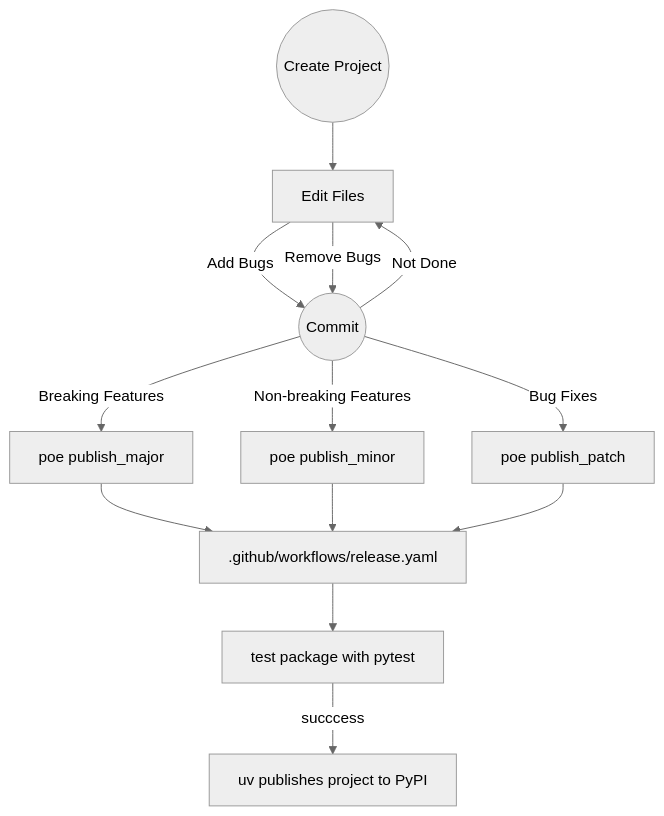
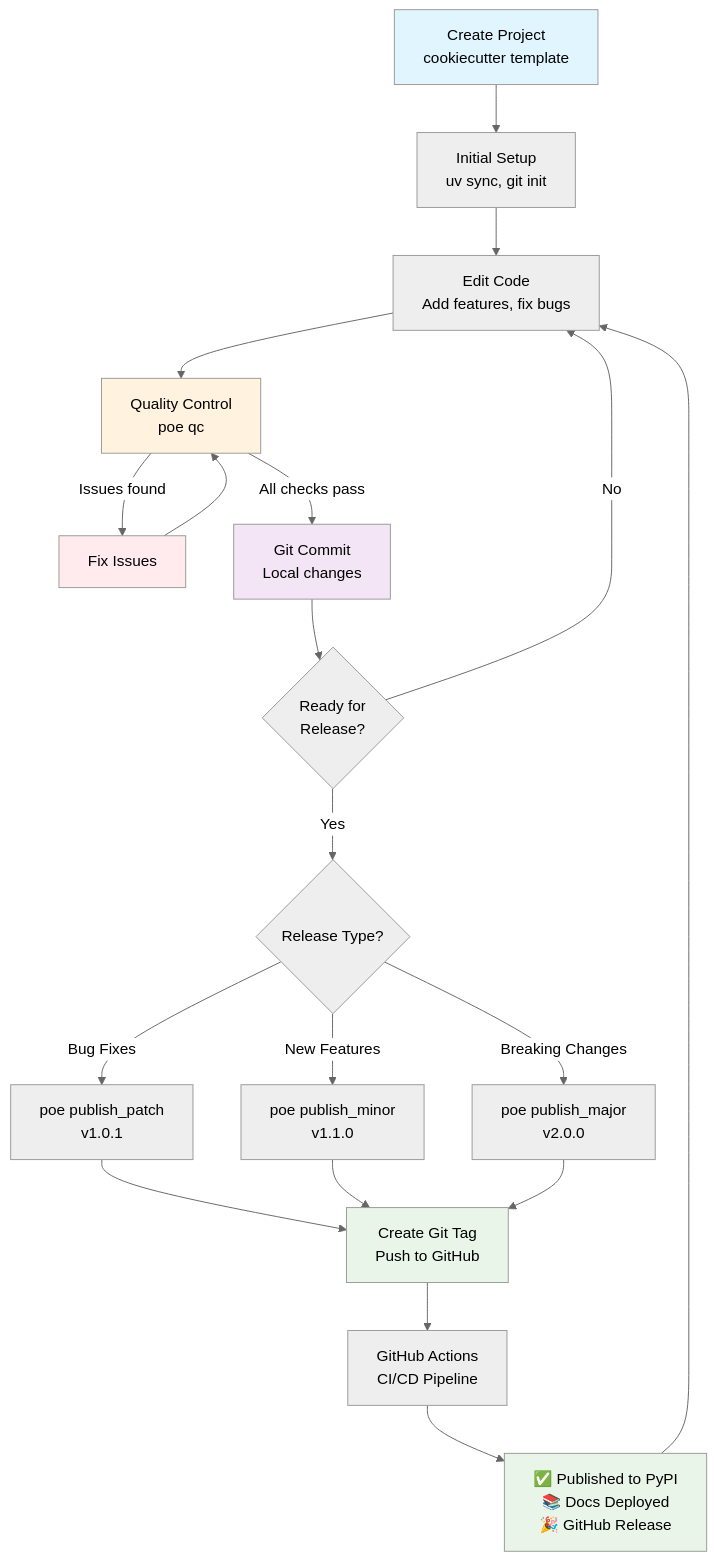
One commit to JnyJny/python-package-cookiecutter changed the second of 2 diagrams in README.md. Above: the diagram before and after it, drawn with Mermaid (neutral theme). The commit also changed other lines of this file, not shown here.

Commit message:
docs: Updated and added mermaid diagrams to describe release and development workflows

````diff
--- a/README.md
+++ b/README.md
@@ -297,15 +340,34 @@
 ```mermaid
 flowchart TD
-    Create((Create Project)) --> Edit[Edit Files]
-    Edit --> |Add Bugs| Commit((Commit))
-    Edit --> |Remove Bugs| Commit
-    Commit -->|Not Done| Edit
-    Commit --> |Breaking Features| Major[poe publish_major]
-    Commit --> |Non-breaking Features| Minor[poe publish_minor]
-    Commit --> |Bug Fixes| Patch[poe publish_patch]
-    Major --> workflow[.github/workflows/release.yaml]
-    Minor --> workflow
-    Patch --> workflow
-    workflow --> test[test package with pytest]
-    test --> |succcess| publish[uv publishes project to PyPI]
+    Create[Create Project<br/>cookiecutter template] --> Setup[Initial Setup<br/>uv sync, git init]
+    Setup --> Edit[Edit Code<br/>Add features, fix bugs]
+    
+    Edit --> QC[Quality Control<br/>poe qc]
+    QC --> |Issues found| Fix[Fix Issues]
+    Fix --> QC
+    QC --> |All checks pass| Commit[Git Commit<br/>Local changes]
+    
+    Commit --> Ready{Ready for<br/>Release?}
+    Ready --> |No| Edit
+    Ready --> |Yes| Version{Release Type?}
+    
+    Version --> |Bug Fixes| Patch[poe publish_patch<br/>v1.0.1]
+    Version --> |New Features| Minor[poe publish_minor<br/>v1.1.0] 
+    Version --> |Breaking Changes| Major[poe publish_major<br/>v2.0.0]
+    
+    Patch --> Tag[Create Git Tag<br/>Push to GitHub]
+    Minor --> Tag
+    Major --> Tag
+    
+    Tag --> CI[GitHub Actions<br/>CI/CD Pipeline]
+    CI --> Success[✅ Published to PyPI<br/>📚 Docs Deployed<br/>🎉 GitHub Release]
+    
+    Success --> Edit
+    
+    style Create fill:#e1f5fe
+    style QC fill:#fff3e0
+    style Fix fill:#ffebee
+    style Commit fill:#f3e5f5
+    style Tag fill:#e8f5e8
+    style Success fill:#e8f5e8
 ```
````
